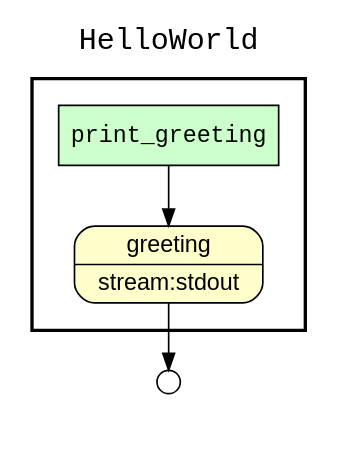
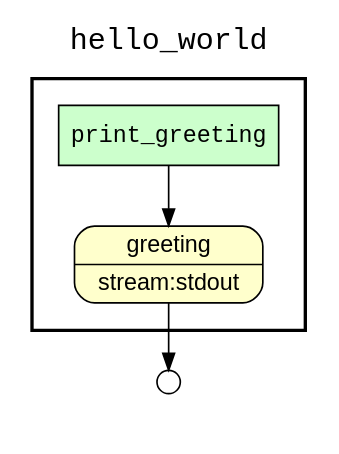
Before and after one commit to yesworkflow-org/yw-noworkflow: the diagram in examples/01_hello_world/workflow_graph.gv, drawn with Graphviz. The commit also changed 9 other files, not shown here.

```diff
--- a/examples/01_hello_world/workflow_graph.gv
+++ b/examples/01_hello_world/workflow_graph.gv
@@ -1,20 +1,20 @@
 digraph Workflow {
 rankdir=TB
 fontname=Courier; fontsize=18; labelloc=t
-label=HelloWorld
+label=hello_world
 subgraph cluster_workflow_box_outer { label=""; color=black; penwidth=2
 subgraph cluster_workflow_box_inner { label=""; color=white
 node[shape=box style=filled fillcolor="#CCFFCC" peripheries=1 fontname=Courier]
 print_greeting
 node[shape=box style="rounded,filled" fillcolor="#FFFFCC" peripheries=1 fontname=Helvetica]
 greeting [shape=record rankdir=LR label="{<f0> greeting |<f1> stream\:stdout}"];
 node[shape=box style="rounded,filled" fillcolor="#FCFCFC" peripheries=1 fontname=Helvetica]
 print_greeting -> greeting
 }}
 subgraph cluster_output_ports_group_outer { label=""; color=white
 subgraph cluster_output_ports_group_inner { label=""; color=white
 node[shape=circle style="rounded,filled" fillcolor="#FFFFFF" peripheries=1 fontname=Helvetica width=0.2]
 greeting_output_port [label=""]
 }}
 greeting -> greeting_output_port
 }
```
